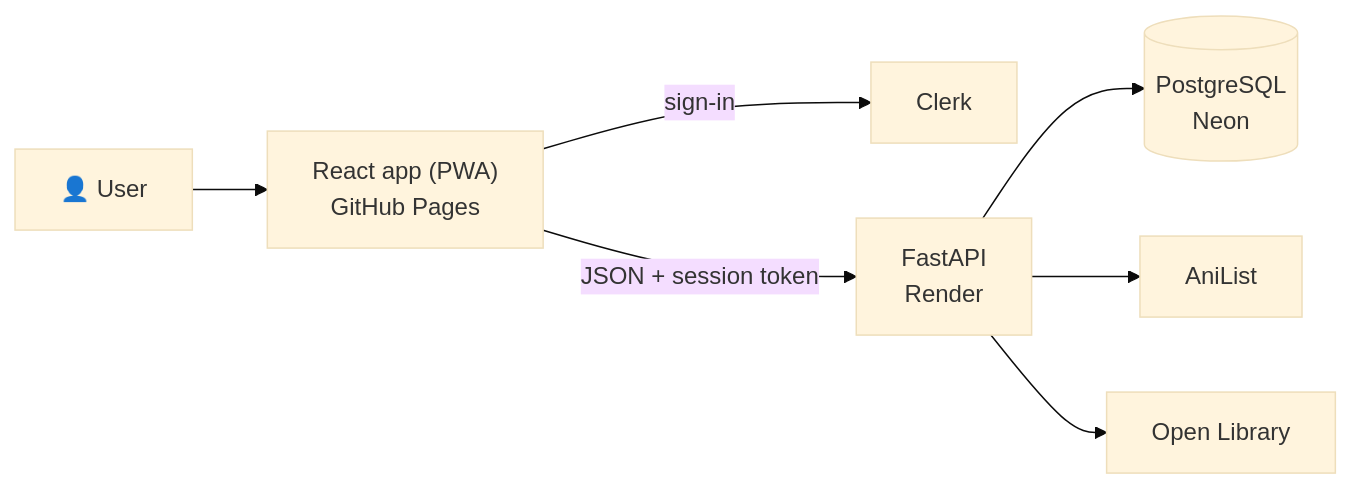
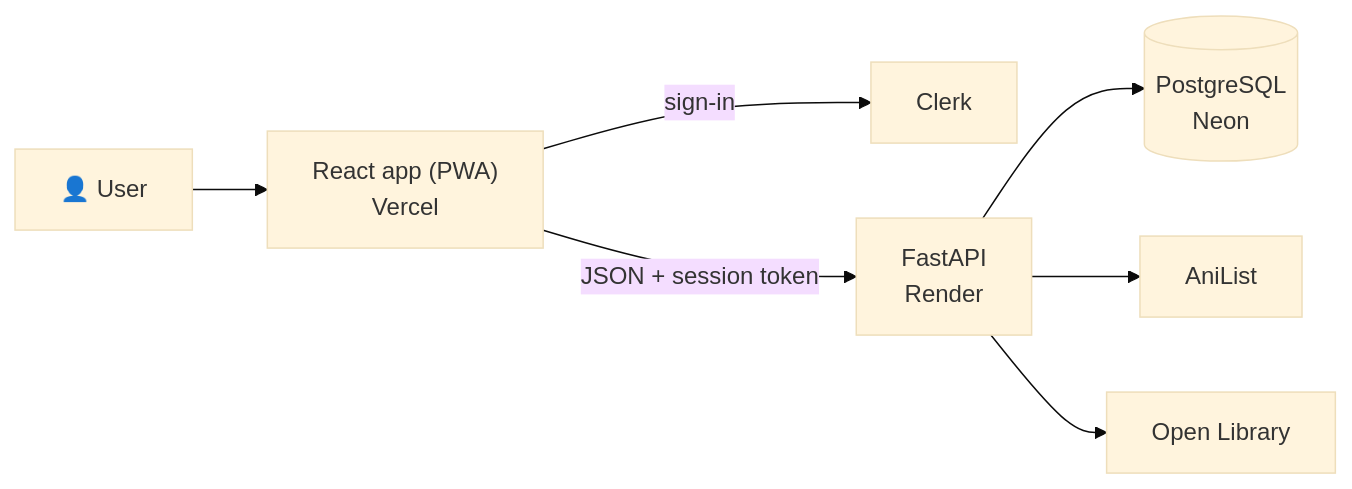
The diagram in README.md (obich1/WagaShelf), drawn with Mermaid (base theme) before and after one commit. The commit also changed other lines of this file and 14 other files, not shown here.

````diff
--- a/README.md
+++ b/README.md
@@ -46,9 +46,9 @@
 ```mermaid
 flowchart LR
-    user["👤 User"] --> spa["React app (PWA)<br/>GitHub Pages"]
+    user["👤 User"] --> spa["React app (PWA)<br/>Vercel"]
     spa -->|"sign-in"| clerk["Clerk"]
     spa -->|"JSON + session token"| api["FastAPI<br/>Render"]
     api --> db[("PostgreSQL<br/>Neon")]
     api --> anilist["AniList"]
     api --> openlib["Open Library"]
 ```
````
